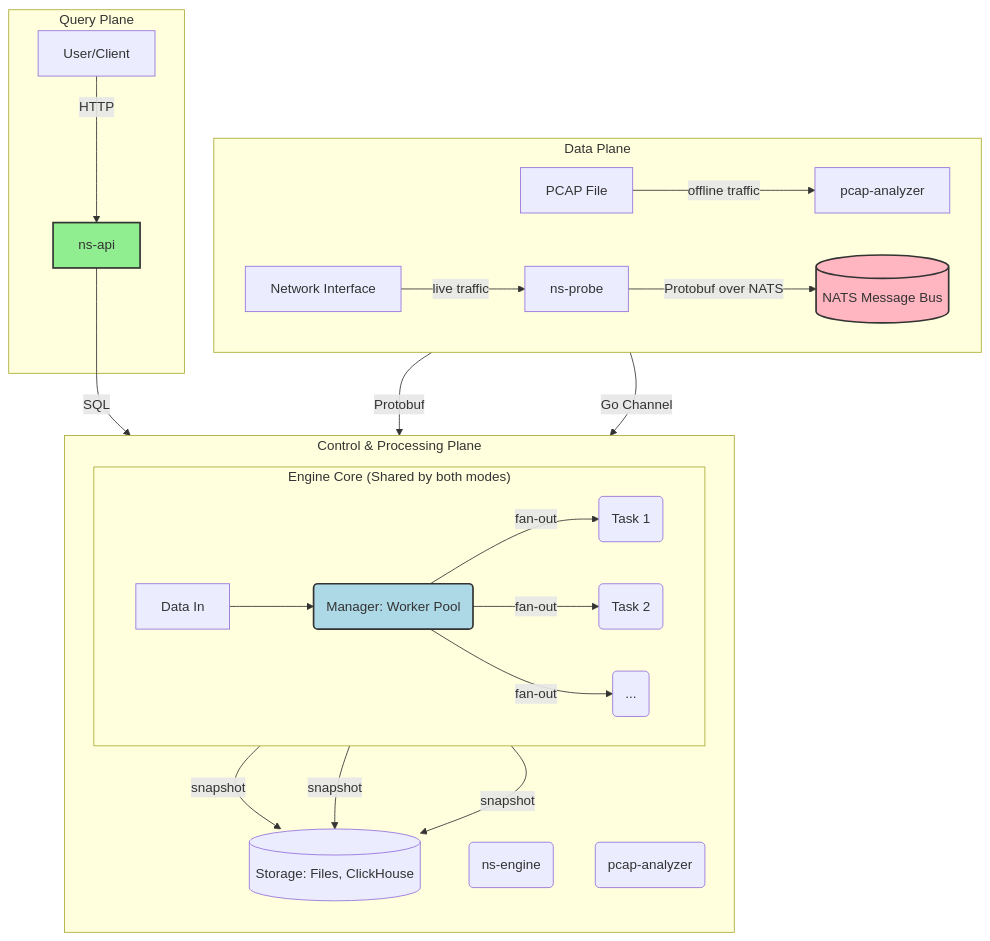
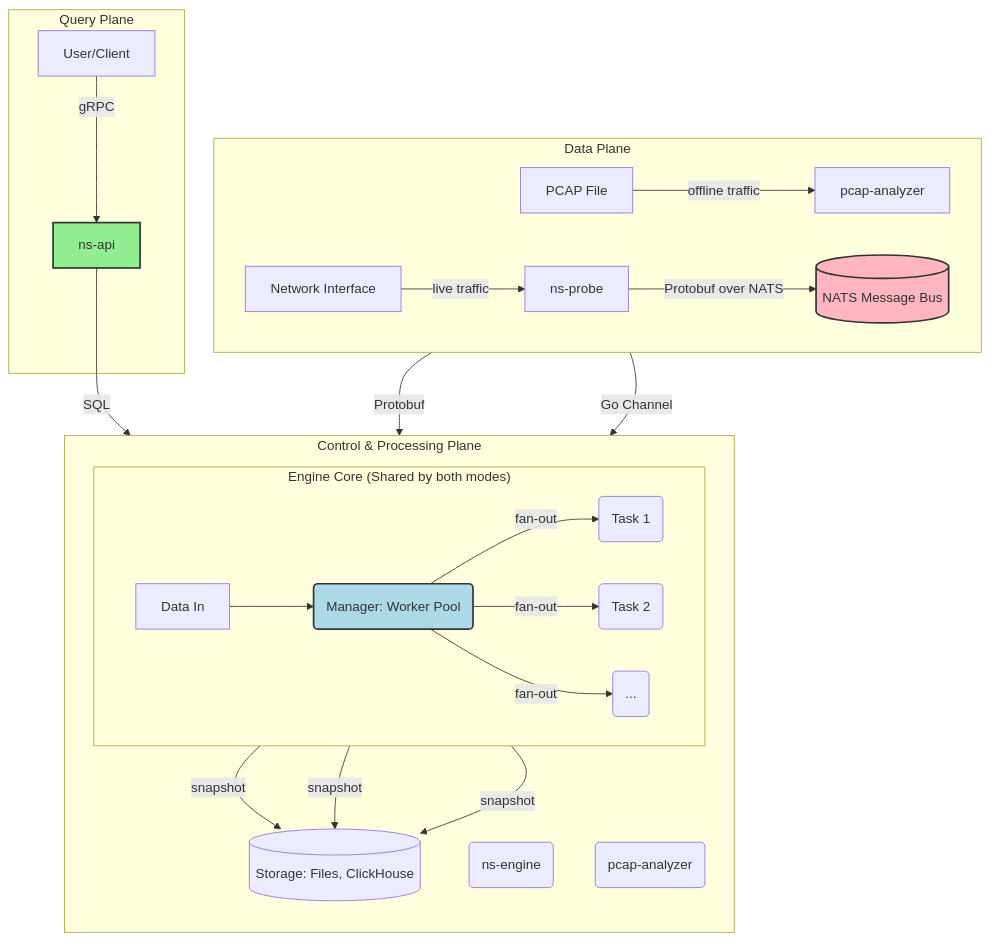
The diagram in README.md (Decade-qiu/Go2NetSpectra), drawn with Mermaid before and after one commit. The commit also changed other lines of this file and 3 other files, not shown here.

Commit message:
:memo: docs: update documentation for gRPC API and heavy hitters query

````diff
--- a/README.md
+++ b/README.md
@@ -20,37 +20,37 @@
 ```mermaid
 graph TD
     subgraph "Data Plane"
         direction LR
         Iface[Network Interface] -- live traffic --> Probe[ns-probe]
         Pcap[PCAP File] -- offline traffic --> Analyzer[pcap-analyzer]
         Probe -- Protobuf over NATS --> NATS[(NATS Message Bus)]
     end
 
     subgraph "Control & Processing Plane"
         direction TB
         NATS -- Protobuf --> Engine_Realtime(ns-engine)
         Analyzer -- Go Channel --> Engine_Offline(pcap-analyzer)
         
         subgraph "Engine Core (Shared by both modes)"
             direction LR
             Input[Data In] --> Manager(Manager: Worker Pool)
             Manager -- fan-out --> Task1(Task 1)
             Manager -- fan-out --> Task2(Task 2)
             Manager -- fan-out --> TaskN(...)
         end
 
         Task1 -- snapshot --> Storage
         Task2 -- snapshot --> Storage
         TaskN -- snapshot --> Storage
         Storage[(Storage: Files, ClickHouse)]
     end
 
     subgraph "Query Plane"
         API[ns-api] -- SQL --> Storage
-        User[User/Client] -- HTTP --> API
+        User[User/Client] -- gRPC --> API
     end
 
     style NATS fill:#FFB6C1,stroke:#333,stroke-width:2px
     style Manager fill:#ADD8E6,stroke:#333,stroke-width:2px
     style API fill:#90EE90,stroke:#333,stroke-width:2px
 ```
````
